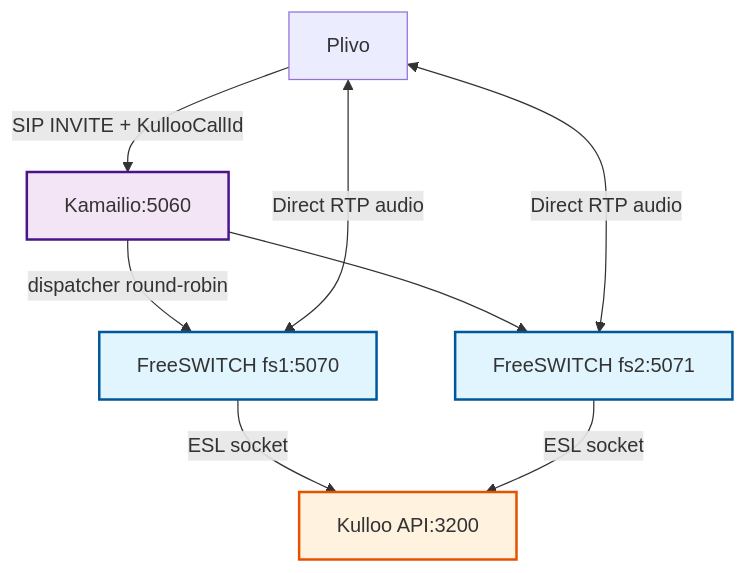
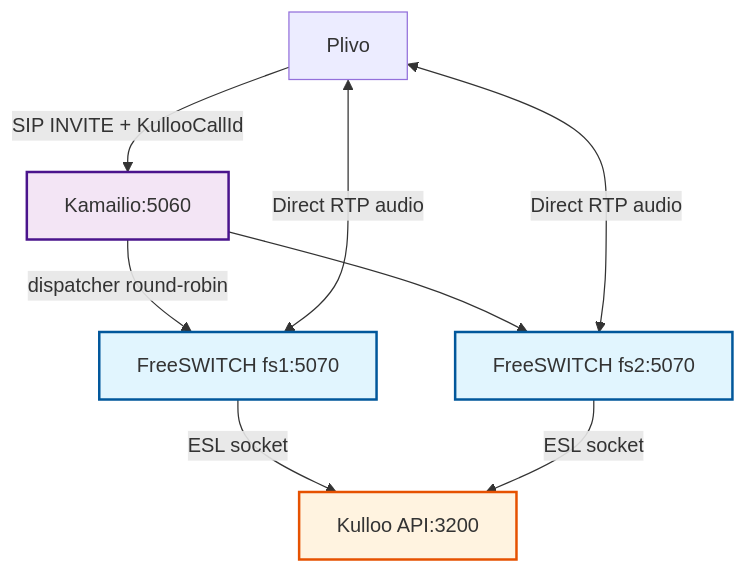
The first of 3 diagrams in doc/telephony/kamailio.md (anupPradhan0/kulloo_ai_calling), drawn with Mermaid before and after one commit. The commit also changed 4 other files, not shown here.

First line of the commit message:
fix: update Kamailio configuration and documentation for improved SIP handling and FreeSWITCH instance routing

````diff
--- a/doc/telephony/kamailio.md
+++ b/doc/telephony/kamailio.md
@@ -22,20 +22,20 @@
 ```mermaid
 graph TD
     P[Plivo] -->|SIP INVITE + KullooCallId| K[Kamailio:5060]
     K -->|dispatcher round-robin| F1[FreeSWITCH fs1:5070]
-    K --> F2[FreeSWITCH fs2:5071]
+    K --> F2[FreeSWITCH fs2:5070]
     
     P <-->|Direct RTP audio| F1
     P <-->|Direct RTP audio| F2
     
     F1 -->|ESL socket| A[Kulloo API:3200]
     F2 -->|ESL socket| A
     
     classDef media fill:#e1f5fe,stroke:#01579b,stroke-width:2px;
     classDef proxy fill:#f3e5f5,stroke:#4a148c,stroke-width:2px;
     classDef backend fill:#fff3e0,stroke:#e65100,stroke-width:2px;
     
     class F1,F2 media;
     class K proxy;
     class A backend;
 ```
````
